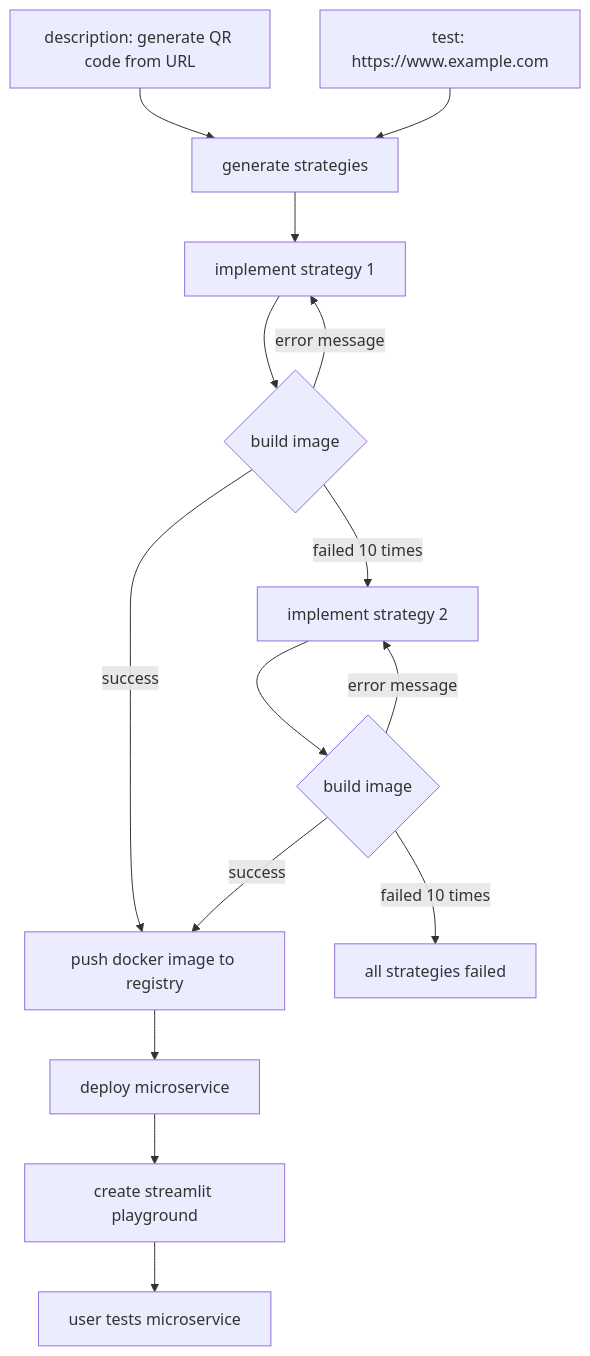
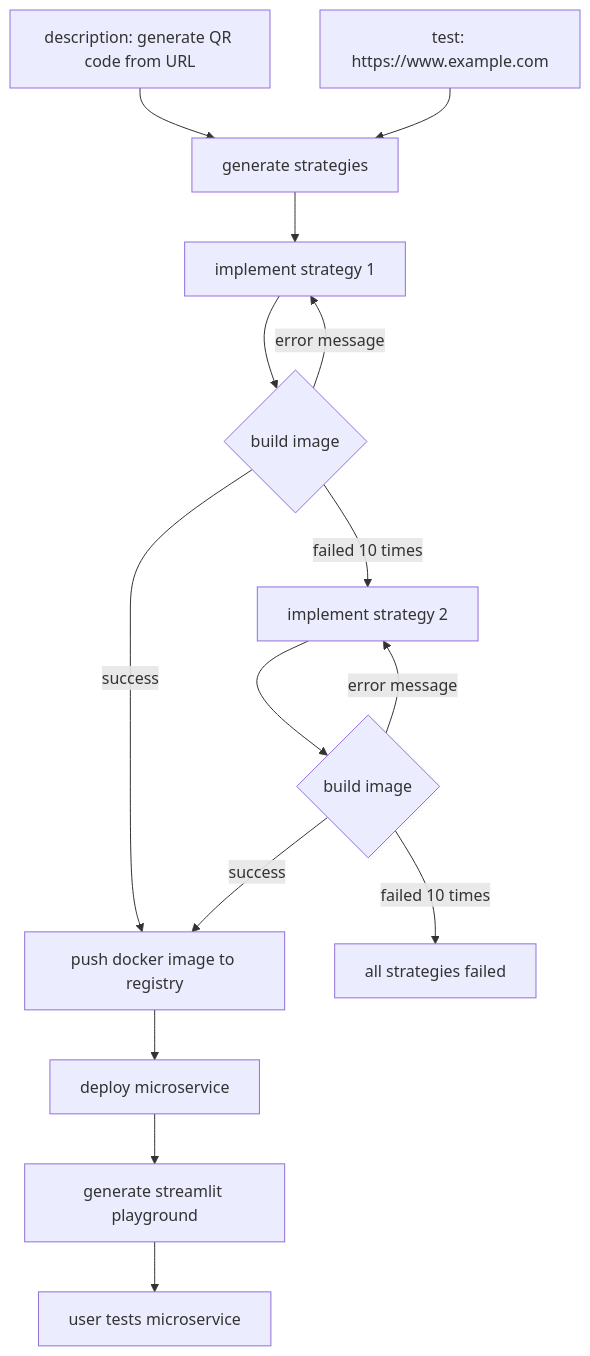
One commit to jina-ai/dev-gpt changed the diagram in README.md. Above: the diagram before and after it, drawn with Mermaid. The commit also changed other lines of this file and 21 other files, not shown here.

````diff
--- a/README.md
+++ b/README.md
@@ -365,33 +378,33 @@
 ```mermaid
 
 graph TB
 
     description[description: generate QR code from URL] --> make_strat{think a}
 
     test[test: https://www.example.com] --> make_strat[generate strategies]
 
     make_strat --> implement1[implement strategy 1]
 
     implement1 --> build1{build image}
 
     build1 -->|error message| implement1
 
     build1 -->|failed 10 times| implement2[implement strategy 2]
 
     build1 -->|success| registry[push docker image to registry]
 
     implement2 --> build2{build image}
 
     build2 -->|error message| implement2
 
     build2 -->|failed 10 times| all_failed[all strategies failed]
 
     build2 -->|success| registry[push docker image to registry]
 
     registry --> deploy[deploy microservice]
 
-    deploy --> streamlit[create streamlit playground]
+    deploy --> streamlit[generate streamlit playground]
 
     streamlit --> user_run[user tests microservice]
 
 ```
````
